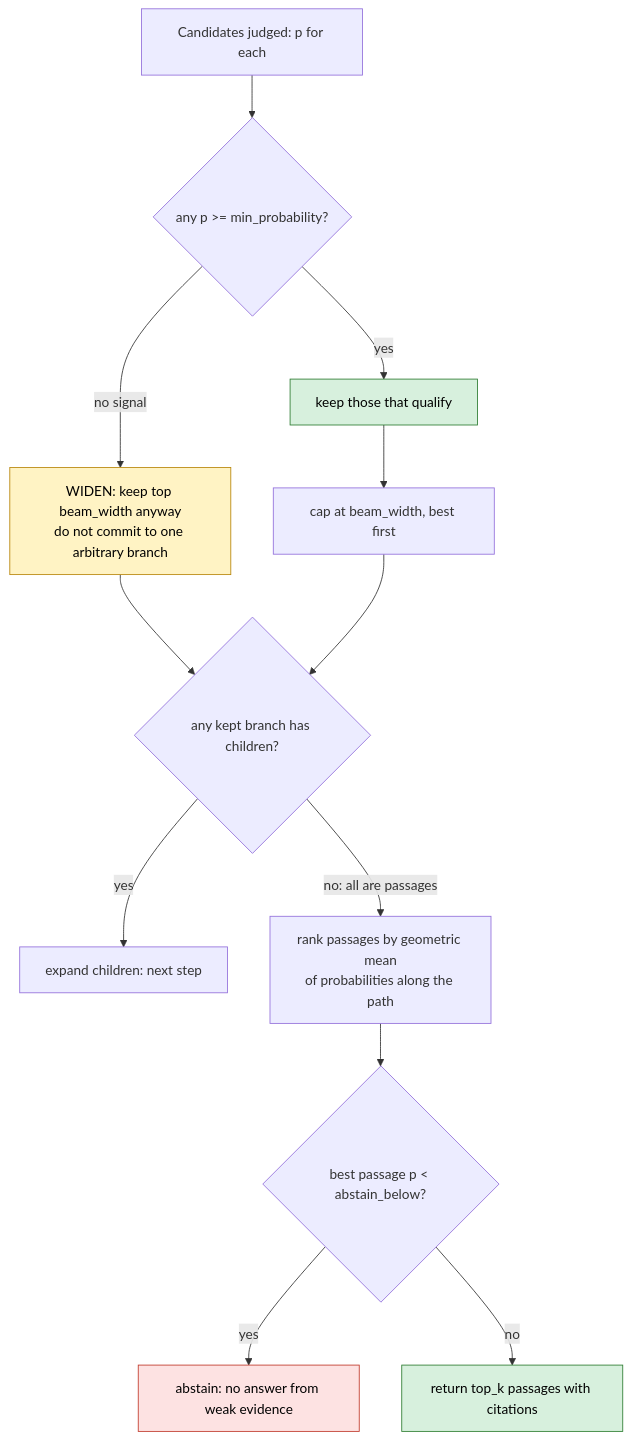
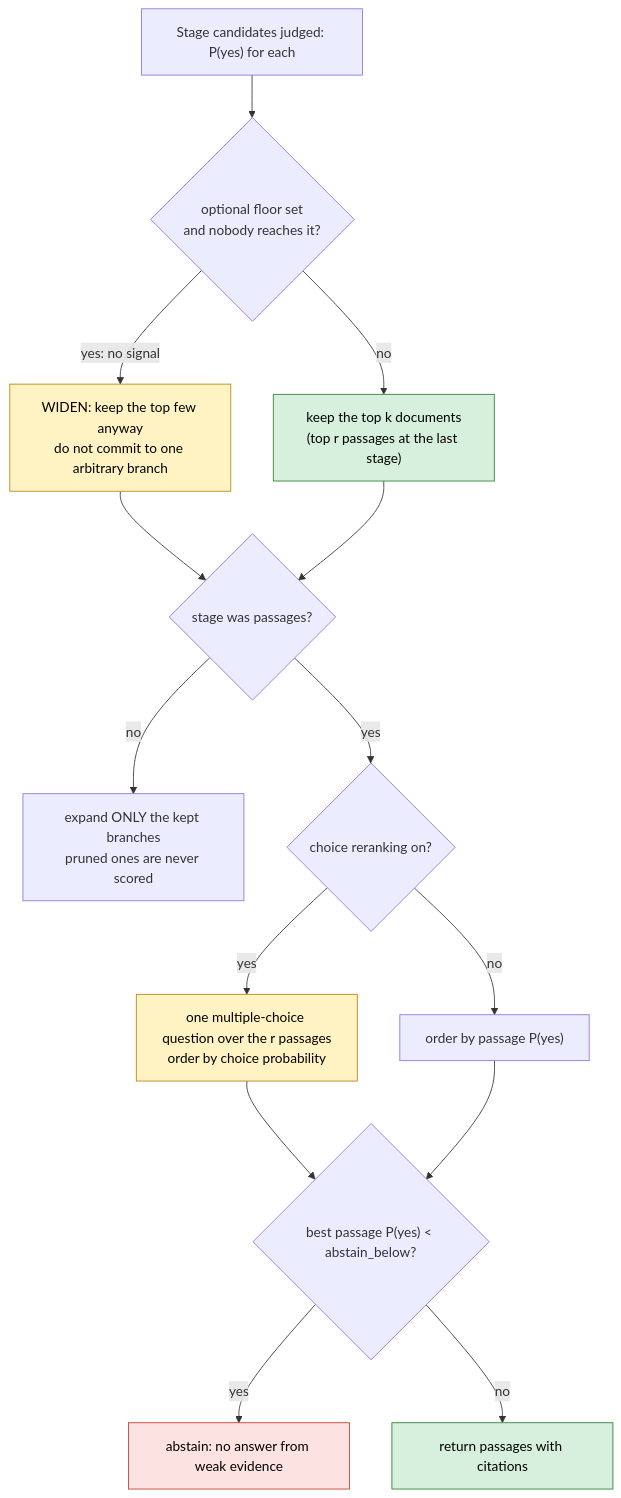
Before and after one commit to biswajitNanda223/AgentVerse: the diagram in agents/decision_rag/docs/diagrams/07-pruning-rules.mmd, drawn with Mermaid. The commit also changed 43 other files, not shown here.

First line of the commit message:
feat(decision_rag): follow the paper's Figure 2 pipeline (screen docs, score passages, optional choice rerank)

```diff
--- a/agents/decision_rag/docs/diagrams/07-pruning-rules.mmd
+++ b/agents/decision_rag/docs/diagrams/07-pruning-rules.mmd
@@ -1,18 +1,20 @@
 flowchart TD
-  Start["Candidates judged: p for each"] --> Any{"any p >= min_probability?"}
-  Any -->|"yes"| KeepQ["keep those that qualify"]
-  Any -->|"no signal"| Widen["WIDEN: keep top beam_width anyway<br/>do not commit to one arbitrary branch"]
-  KeepQ --> Cap["cap at beam_width, best first"]
+  Start["Stage candidates judged: P(yes) for each"] --> Floor{"optional floor set<br/>and nobody reaches it?"}
+  Floor -->|"yes: no signal"| Widen["WIDEN: keep the top few anyway<br/>do not commit to one arbitrary branch"]
+  Floor -->|"no"| Top["keep the top k documents<br/>(top r passages at the last stage)"]
   Widen --> Next
-  Cap --> Next{"any kept branch has children?"}
-  Next -->|"yes"| Down["expand children: next step"]
-  Next -->|"no: all are passages"| Rank["rank passages by geometric mean<br/>of probabilities along the path"]
-  Rank --> Abst{"best passage p < abstain_below?"}
+  Top --> Next{"stage was passages?"}
+  Next -->|"no"| Down["expand ONLY the kept branches<br/>pruned ones are never scored"]
+  Next -->|"yes"| Rerank{"choice reranking on?"}
+  Rerank -->|"yes"| Choose["one multiple-choice question over the r passages<br/>order by choice probability"]
+  Rerank -->|"no"| Order["order by passage P(yes)"]
+  Choose --> Abst
+  Order --> Abst{"best passage P(yes) < abstain_below?"}
   Abst -->|"yes"| No["abstain: no answer from weak evidence"]
-  Abst -->|"no"| Yes["return top_k passages with citations"]
+  Abst -->|"no"| Yes["return passages with citations"]
   classDef ok fill:#d7f0dd,stroke:#2e7d32,color:#000
   classDef bad fill:#fde2e2,stroke:#c0392b,color:#000
   classDef mid fill:#fff3c4,stroke:#b8860b,color:#000
-  class Yes,KeepQ ok
+  class Yes,Top ok
   class No bad
-  class Widen mid
+  class Widen,Choose mid
```
